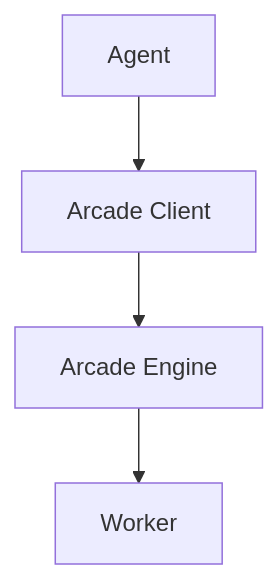
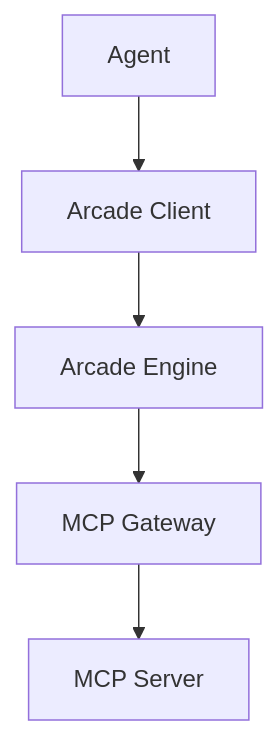
One commit to ArcadeAI/docs changed the fourth of 4 diagrams in app/en/home/glossary/page.mdx. Above: the diagram before and after it, drawn with Mermaid. The commit also changed other lines of this file and 4 other files, not shown here.

````diff
--- a/app/en/home/glossary/page.mdx
+++ b/app/en/home/glossary/page.mdx
@@ -133,6 +133,7 @@
 ```mermaid
 graph TD
     A[Agent] --> B[Arcade Client]
     B --> C[Arcade Engine]
-    C --> D[Worker]
+    C --> D[MCP Gateway]
+    D --> E[MCP Server]
 ```
````
